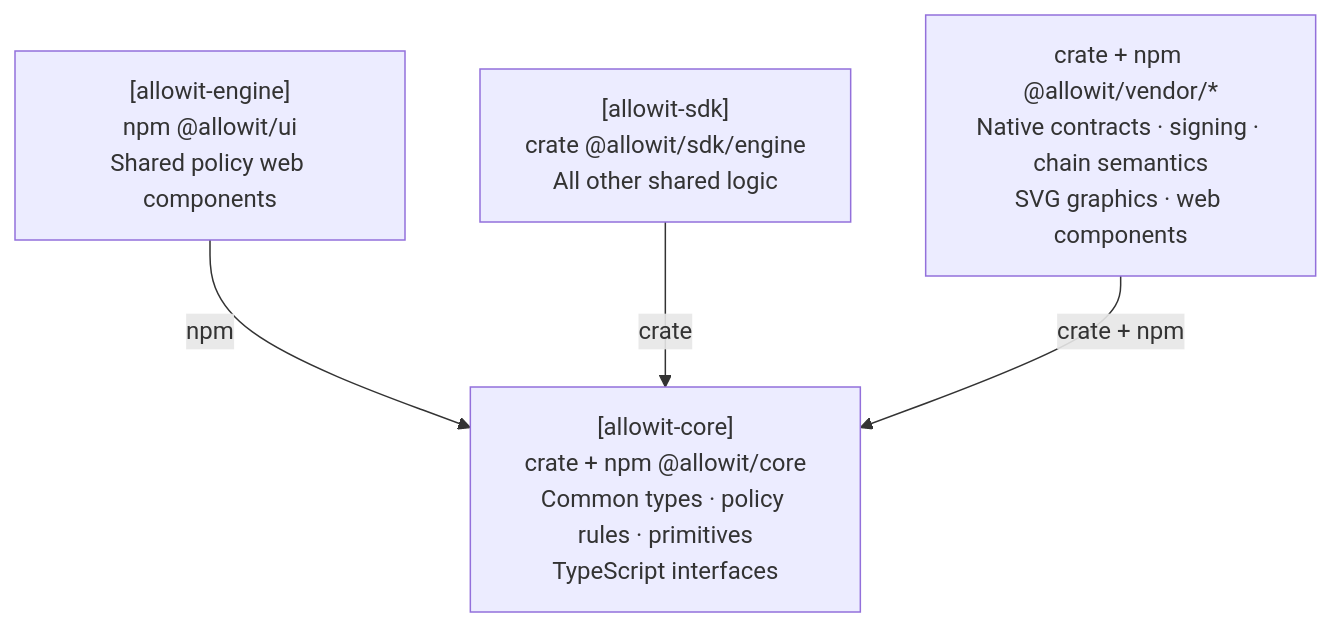
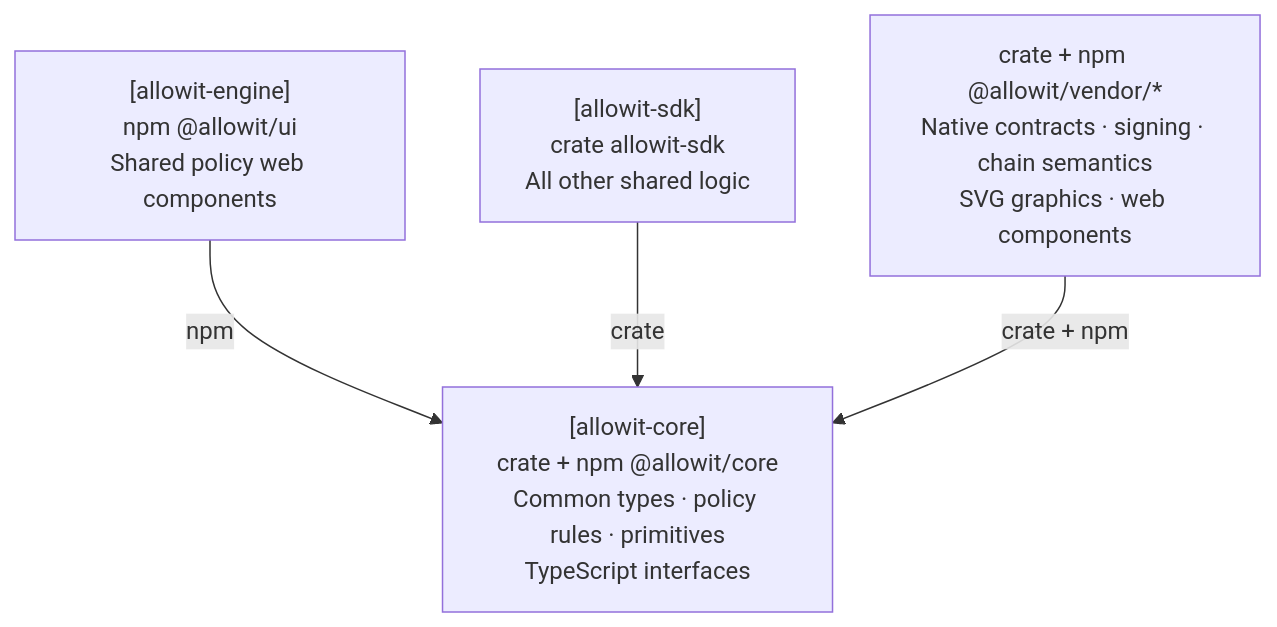
One commit to allowit-hq/allowit-core changed the diagram in README.md. Above: the diagram before and after it, drawn with Mermaid. The commit also changed other lines of this file and 4 other files, not shown here.

````diff
--- a/README.md
+++ b/README.md
@@ -13,11 +13,11 @@
 ```mermaid
 flowchart TB
     UI["[allowit-engine]<br/>npm @allowit/ui<br/>Shared policy web components"]
-    Engine["[allowit-sdk]<br/>crate @allowit/sdk/engine<br/>All other shared logic"]
+    Engine["[allowit-sdk]<br/>crate allowit-sdk<br/>All other shared logic"]
     Vendor["crate + npm @allowit/vendor/*<br/>Native contracts · signing · chain semantics<br/>SVG graphics · web components"]
     Core["[allowit-core]<br/>crate + npm @allowit/core<br/>Common types · policy rules · primitives<br/>TypeScript interfaces"]
 
     UI -->|npm| Core
     Engine -->|crate| Core
     Vendor -->|crate + npm| Core
 ```
````
